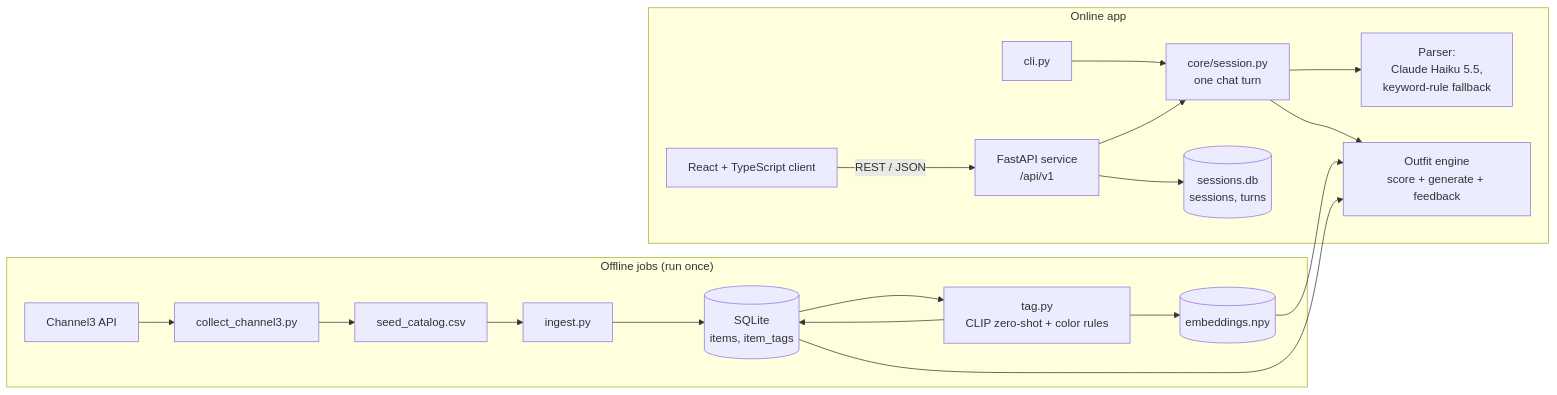
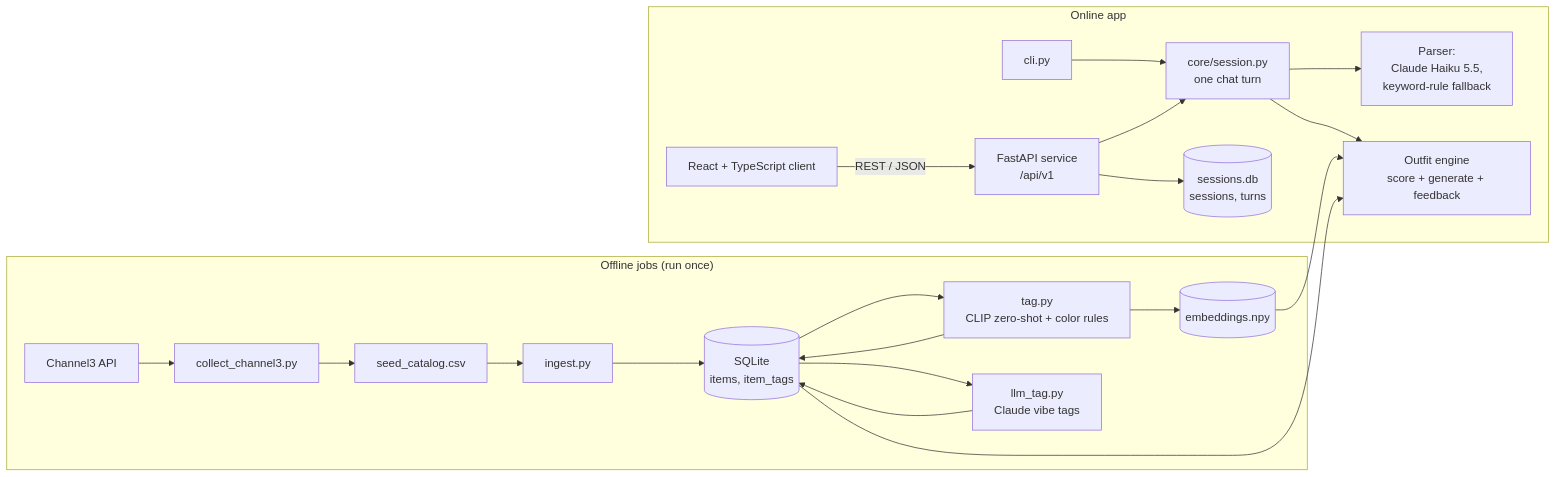
Before and after one commit to pateljiyab/AritziasVeryOwn: the diagram in docs/TECH_SPEC.md, drawn with Mermaid. The commit also changed other lines of this file and 11 other files, not shown here.

Commit message:
feat(tagging): tag vibes with Claude Haiku 5.5, raising vibe top-1 to 63%

````diff
--- a/docs/TECH_SPEC.md
+++ b/docs/TECH_SPEC.md
@@ -16,21 +16,23 @@
 ```mermaid
 flowchart LR
     subgraph Offline["Offline jobs (run once)"]
         C3[Channel3 API] --> COL[collect_channel3.py] --> CSV[seed_catalog.csv]
         CSV --> ING[ingest.py] --> B[(SQLite<br/>items, item_tags)]
         B --> T[tag.py<br/>CLIP zero-shot + color rules]
+        B --> LT[llm_tag.py<br/>Claude vibe tags]
+        LT --> B
         T --> B
         T --> E[(embeddings.npy)]
     end
 
     subgraph Online["Online app"]
         CLI[cli.py] --> TURN
         W["React + TypeScript client"] -->|REST / JSON| API["FastAPI service<br/>/api/v1"]
         API --> TURN[core/session.py<br/>one chat turn]
         TURN --> P[Parser:<br/>Claude Haiku 5.5,<br/>keyword-rule fallback]
         TURN --> G[Outfit engine<br/>score + generate + feedback]
         E --> G
         B --> G
         API --> S[(sessions.db<br/>sessions, turns)]
     end
 ```
````
